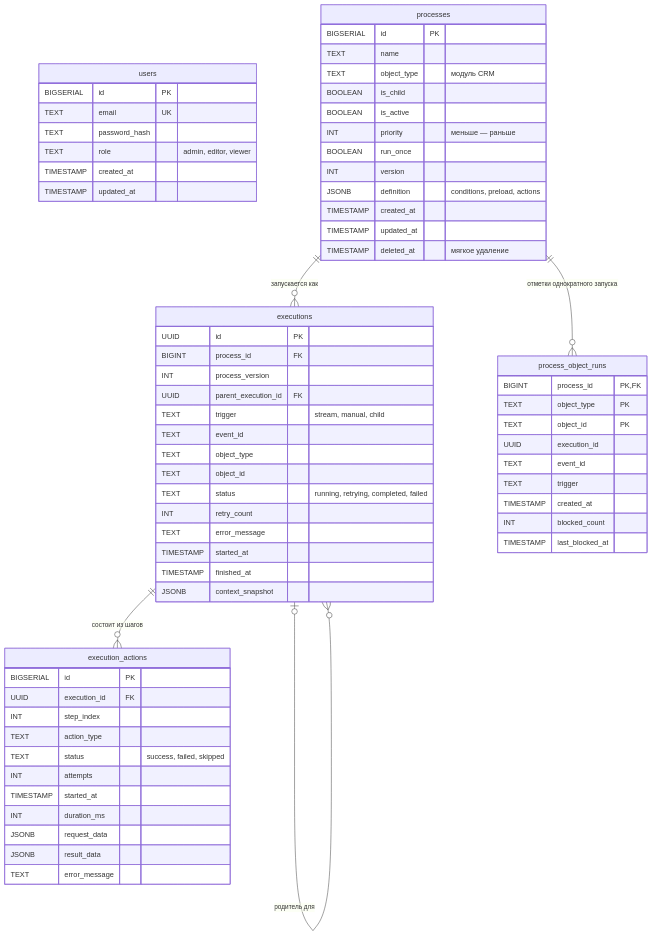
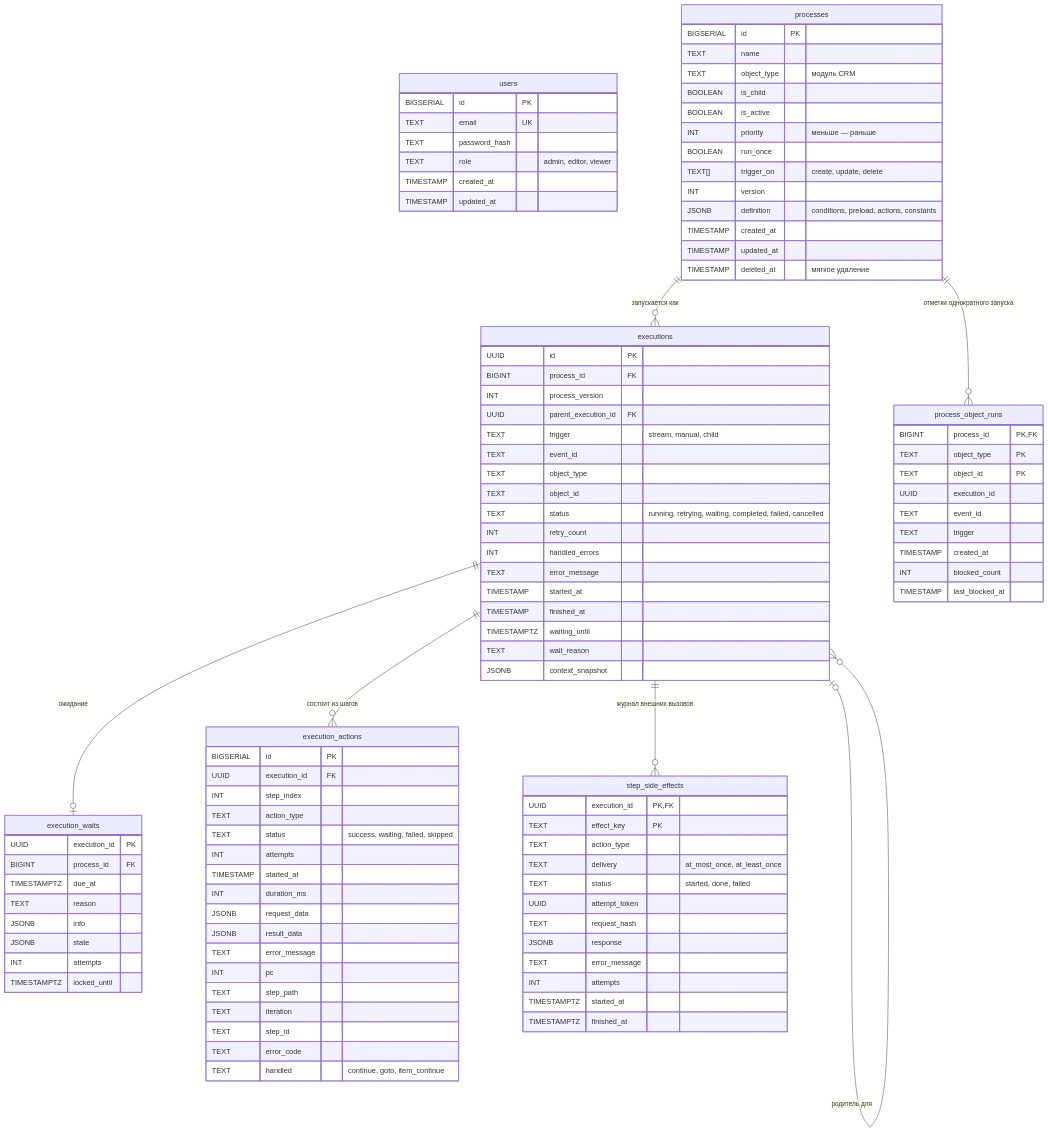
The first of 2 diagrams in doc/ru/05-architecture/data-model.md (madarch-labs/Workflow-Processing-Service), drawn with Mermaid before and after one commit. The commit also changed other lines of this file and 470 other files, not shown here.

````diff
--- a/doc/ru/05-architecture/data-model.md
+++ b/doc/ru/05-architecture/data-model.md
@@ -30,8 +30,9 @@
         BOOLEAN is_active
         INT priority "меньше — раньше"
         BOOLEAN run_once
+        TEXT[] trigger_on "create, update, delete"
         INT version
-        JSONB definition "conditions, preload, actions"
+        JSONB definition "conditions, preload, actions, constants"
         TIMESTAMP created_at
         TIMESTAMP updated_at
         TIMESTAMP deleted_at "мягкое удаление"
@@ -45,25 +46,44 @@
         TEXT event_id
         TEXT object_type
         TEXT object_id
-        TEXT status "running, retrying, completed, failed"
+        TEXT status "running, retrying, waiting, completed, failed, cancelled"
         INT retry_count
+        INT handled_errors
         TEXT error_message
         TIMESTAMP started_at
         TIMESTAMP finished_at
+        TIMESTAMPTZ waiting_until
+        TEXT wait_reason
         JSONB context_snapshot
+    }
+    execution_waits {
+        UUID execution_id PK
+        BIGINT process_id FK
+        TIMESTAMPTZ due_at
+        TEXT reason
+        JSONB info
+        JSONB state
+        INT attempts
+        TIMESTAMPTZ locked_until
     }
     execution_actions {
         BIGSERIAL id PK
         UUID execution_id FK
         INT step_index
         TEXT action_type
-        TEXT status "success, failed, skipped"
+        TEXT status "success, waiting, failed, skipped"
         INT attempts
         TIMESTAMP started_at
         INT duration_ms
         JSONB request_data
         JSONB result_data
         TEXT error_message
+        INT pc
+        TEXT step_path
+        TEXT iteration
+        TEXT step_id
+        TEXT error_code
+        TEXT handled "continue, goto, item_continue"
     }
     process_object_runs {
         BIGINT process_id PK, FK
@@ -76,9 +96,25 @@
         INT blocked_count
         TIMESTAMP last_blocked_at
     }
+    step_side_effects {
+        UUID execution_id PK, FK
+        TEXT effect_key PK
+        TEXT action_type
+        TEXT delivery "at_most_once, at_least_once"
+        TEXT status "started, done, failed"
+        UUID attempt_token
+        TEXT request_hash
+        JSONB response
+        TEXT error_message
+        INT attempts
+        TIMESTAMPTZ started_at
+        TIMESTAMPTZ finished_at
+    }
 
     processes ||--o{ executions : "запускается как"
     executions ||--o{ execution_actions : "состоит из шагов"
     executions |o--o{ executions : "родитель для"
     processes ||--o{ process_object_runs : "отметки однократного запуска"
+    executions ||--o{ step_side_effects : "журнал внешних вызовов"
+    executions ||--o| execution_waits : "ожидание"
 ```
````
